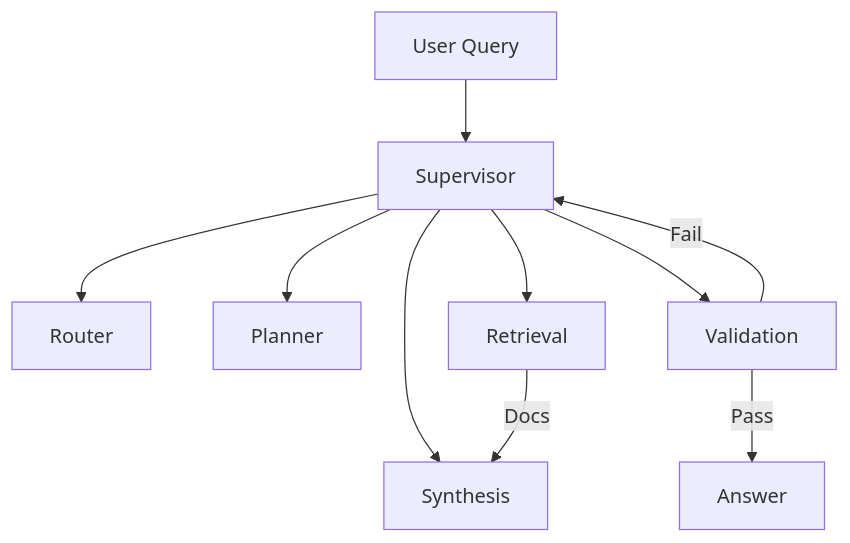
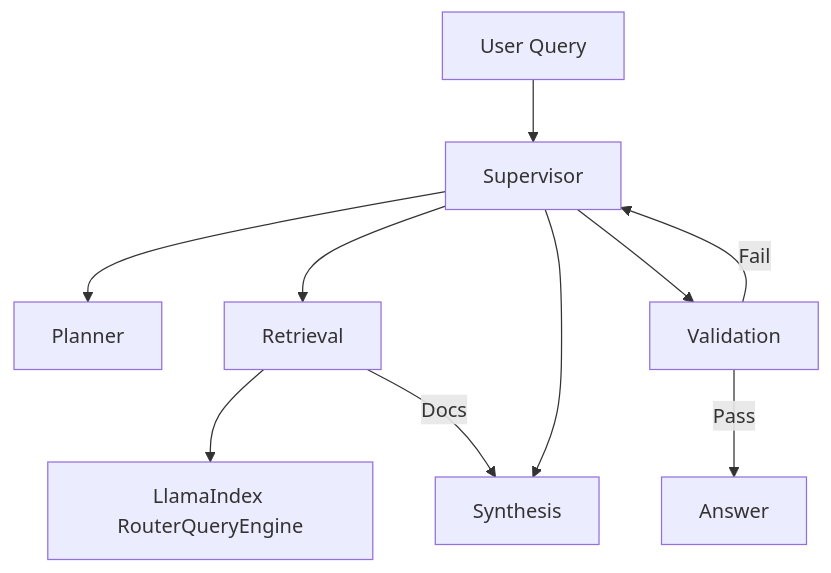
The diagram in docs/developers/adrs/ADR-001-modern-agentic-rag-architecture.md (BjornMelin/docmind-ai-llm), drawn with Mermaid before and after one commit. The commit also changed other lines of this file and 434 other files, not shown here.

````diff
--- a/docs/developers/adrs/ADR-001-modern-agentic-rag-architecture.md
+++ b/docs/developers/adrs/ADR-001-modern-agentic-rag-architecture.md
@@ -59,12 +62,12 @@
 ```mermaid
 graph TD
   U["User Query"] --> S["Supervisor"]
-  S --> R["Router"]
   S --> P["Planner"]
   S --> T["Retrieval"]
   S --> Y["Synthesis"]
   S --> V["Validation"]
+  T --> R["LlamaIndex RouterQueryEngine"]
   T -->|Docs| Y
   V -->|Pass| O["Answer"]
   V -->|Fail| S
 ```
````
